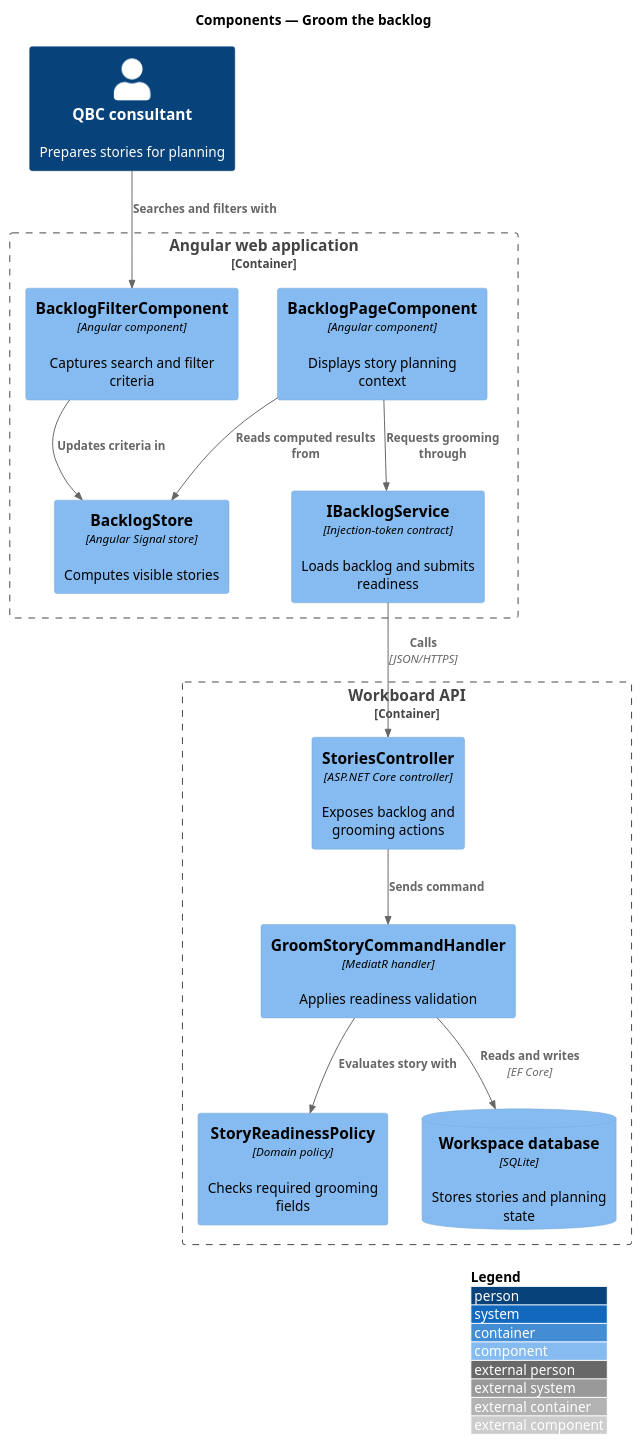
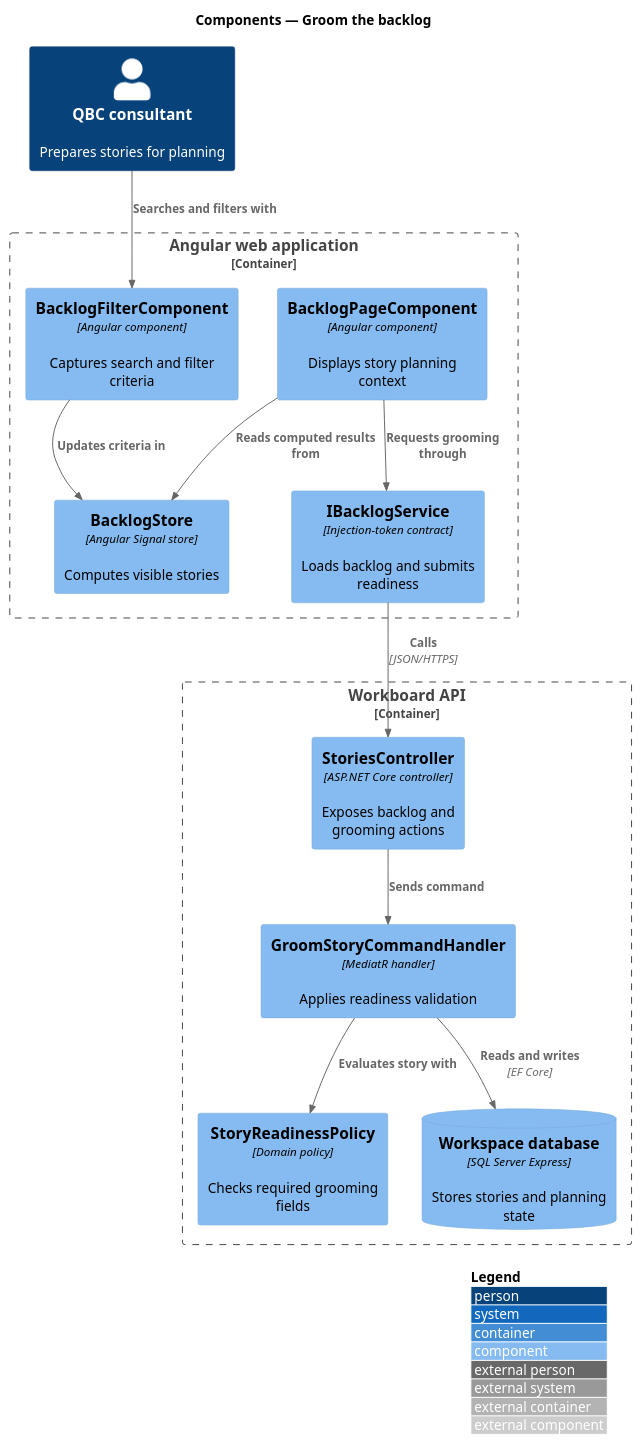
One commit to QuinntyneBrown/quinntyne-brown-consulting changed the diagram in docs/detailed-designs/planning/groom-backlog/diagrams/c4-component.puml. Above: the diagram before and after it, drawn with PlantUML. The commit also changed 60 other files, not shown here.

```diff
--- a/docs/detailed-designs/planning/groom-backlog/diagrams/c4-component.puml
+++ b/docs/detailed-designs/planning/groom-backlog/diagrams/c4-component.puml
@@ -1,28 +1,28 @@
 @startuml
 !include <C4/C4_Component>
 LAYOUT_WITH_LEGEND()
 title Components — Groom the backlog
 
 Person(consultant, "QBC consultant", "Prepares stories for planning")
 Container_Boundary(spa, "Angular web application") {
   Component(page, "BacklogPageComponent", "Angular component", "Displays story planning context")
   Component(filter, "BacklogFilterComponent", "Angular component", "Captures search and filter criteria")
   Component(store, "BacklogStore", "Angular Signal store", "Computes visible stories")
   Component(service, "IBacklogService", "Injection-token contract", "Loads backlog and submits readiness")
 }
 Container_Boundary(api, "Workboard API") {
   Component(controller, "StoriesController", "ASP.NET Core controller", "Exposes backlog and grooming actions")
   Component(handler, "GroomStoryCommandHandler", "MediatR handler", "Applies readiness validation")
   Component(policy, "StoryReadinessPolicy", "Domain policy", "Checks required grooming fields")
-  ComponentDb(db, "Workspace database", "SQLite", "Stores stories and planning state")
+  ComponentDb(db, "Workspace database", "SQL Server Express", "Stores stories and planning state")
 }
 
 Rel(consultant, filter, "Searches and filters with")
 Rel(filter, store, "Updates criteria in")
 Rel(page, store, "Reads computed results from")
 Rel(page, service, "Requests grooming through")
 Rel(service, controller, "Calls", "JSON/HTTPS")
 Rel(controller, handler, "Sends command")
 Rel(handler, policy, "Evaluates story with")
 Rel(handler, db, "Reads and writes", "EF Core")
 @enduml
```
